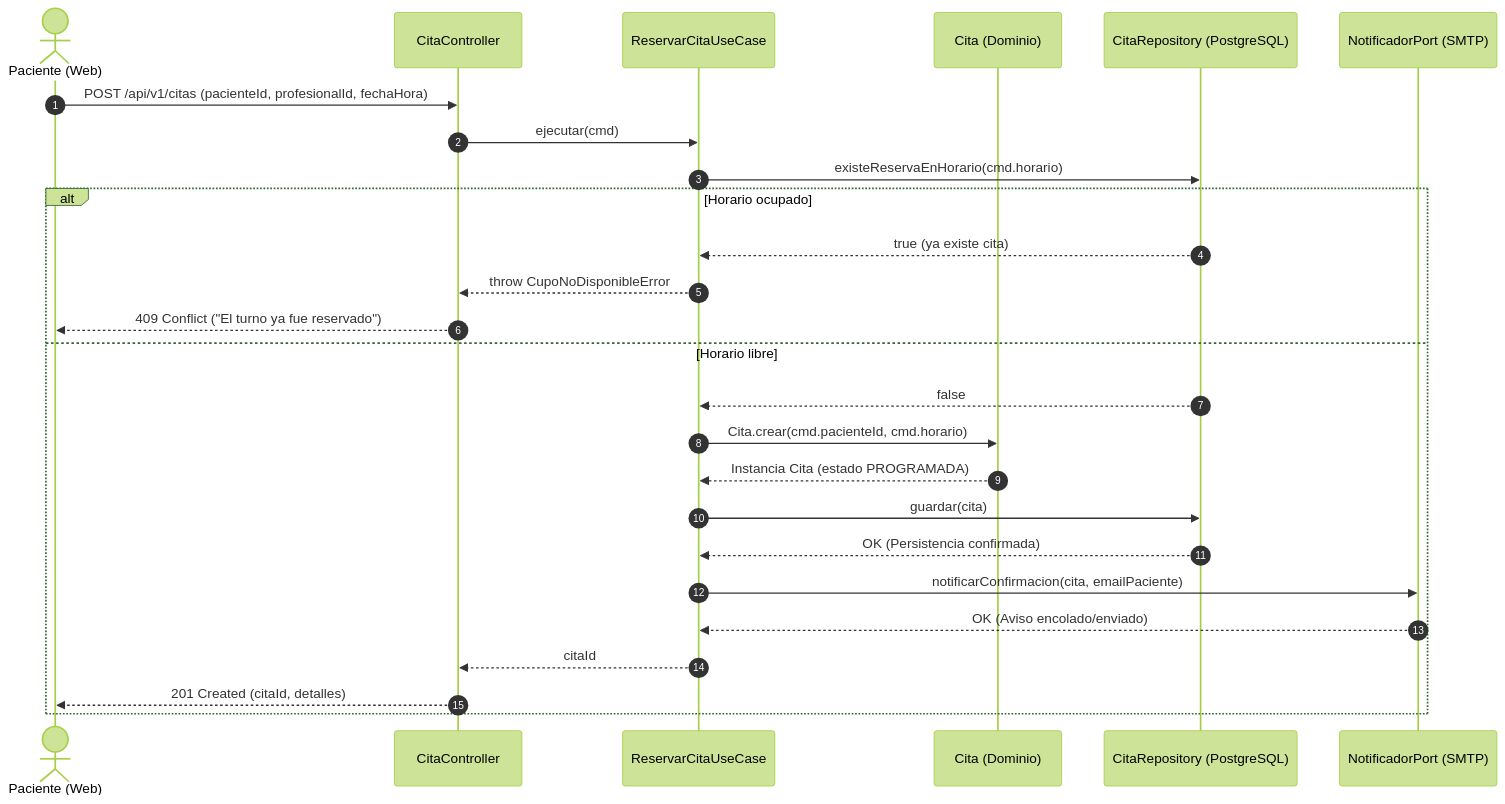
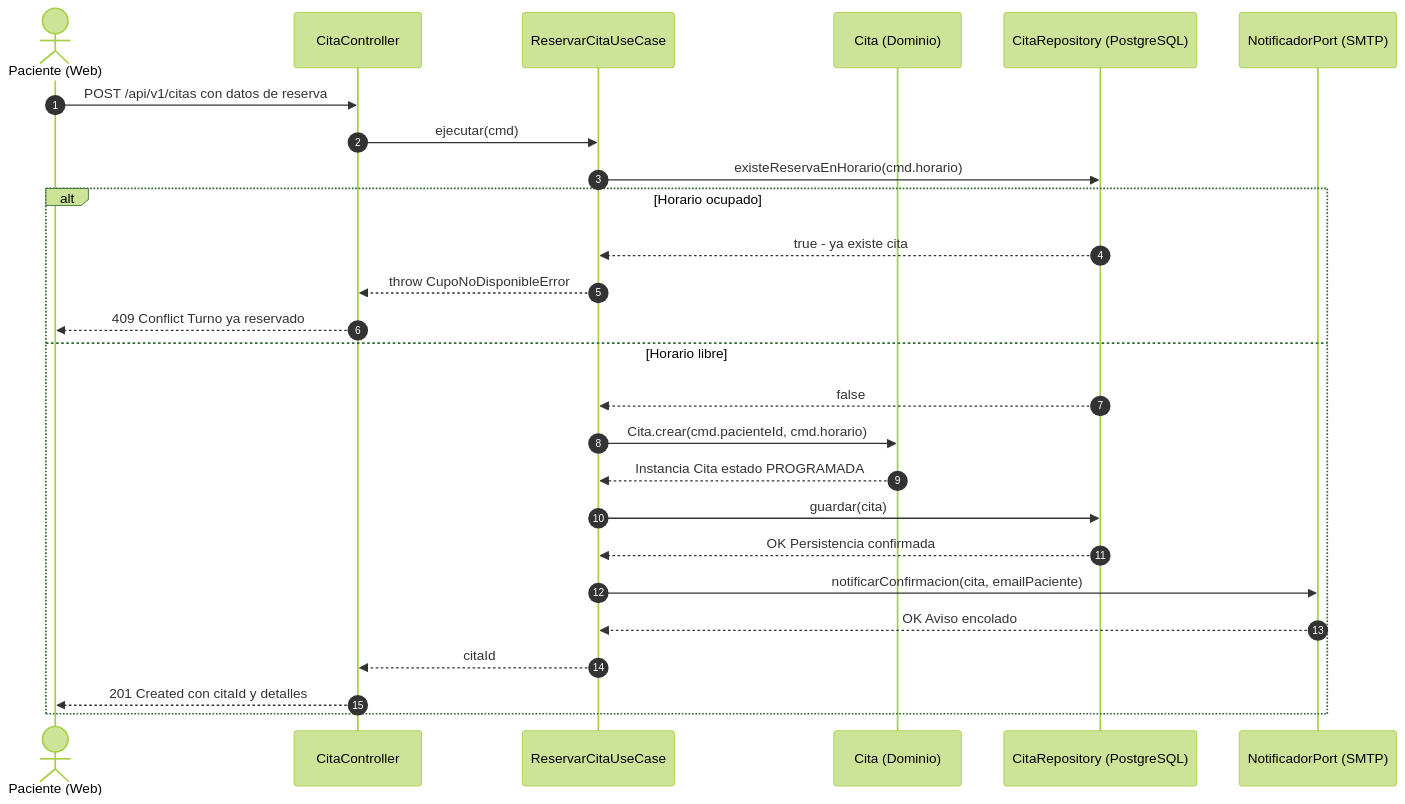
One commit to Pierrot-01/Proyecto_Hospital changed the third of 3 diagrams in Docs/03-diseño-de-software/diseño-interno/diseño-interno-de-modulos.md. Above: the diagram before and after it, drawn with Mermaid (forest theme). The commit also changed 7 other files, not shown here.

Commit message:
fix(docs): corregir sintaxis mermaid c4 y enriquecer diagramas arquitectonicos

````diff
--- a/Docs/03-diseño-de-software/diseño-interno/diseño-interno-de-modulos.md
+++ b/Docs/03-diseño-de-software/diseño-interno/diseño-interno-de-modulos.md
@@ -210,29 +210,29 @@
 ```mermaid
 sequenceDiagram
     autonumber
     actor Paciente as Paciente (Web)
     participant Ctrl as CitaController
     participant UC as ReservarCitaUseCase
     participant Entidad as Cita (Dominio)
     participant Repo as CitaRepository (PostgreSQL)
     participant Notif as NotificadorPort (SMTP)
 
-    Paciente->>Ctrl: POST /api/v1/citas (pacienteId, profesionalId, fechaHora)
+    Paciente->>Ctrl: POST /api/v1/citas con datos de reserva
     Ctrl->>UC: ejecutar(cmd)
     UC->>Repo: existeReservaEnHorario(cmd.horario)
     alt Horario ocupado
-        Repo-->>UC: true (ya existe cita)
+        Repo-->>UC: true - ya existe cita
         UC-->>Ctrl: throw CupoNoDisponibleError
-        Ctrl-->>Paciente: 409 Conflict ("El turno ya fue reservado")
+        Ctrl-->>Paciente: 409 Conflict Turno ya reservado
     else Horario libre
         Repo-->>UC: false
         UC->>Entidad: Cita.crear(cmd.pacienteId, cmd.horario)
-        Entidad-->>UC: Instancia Cita (estado PROGRAMADA)
+        Entidad-->>UC: Instancia Cita estado PROGRAMADA
         UC->>Repo: guardar(cita)
-        Repo-->>UC: OK (Persistencia confirmada)
+        Repo-->>UC: OK Persistencia confirmada
         UC->>Notif: notificarConfirmacion(cita, emailPaciente)
-        Notif-->>UC: OK (Aviso encolado/enviado)
+        Notif-->>UC: OK Aviso encolado
         UC-->>Ctrl: citaId
-        Ctrl-->>Paciente: 201 Created (citaId, detalles)
+        Ctrl-->>Paciente: 201 Created con citaId y detalles
     end
 ```
````
